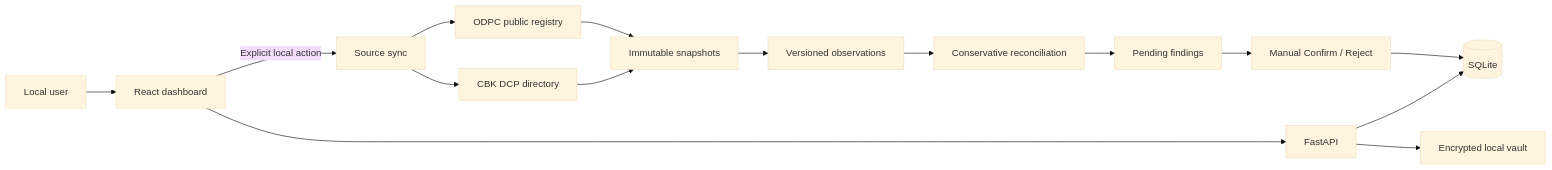
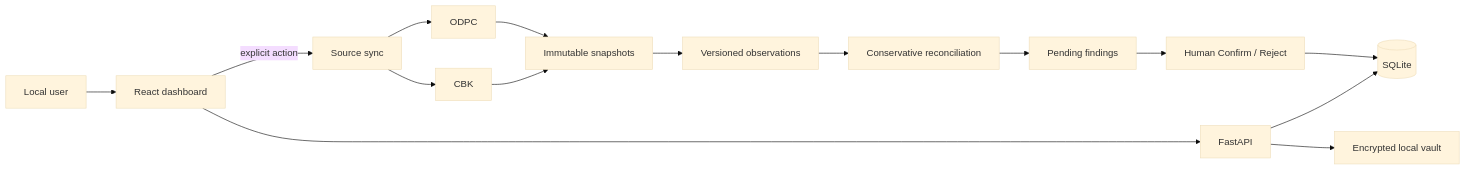
The diagram in README.md (MAPLEIZER/MAPLE-PRIME), drawn with Mermaid (base theme) before and after one commit. The commit also changed other lines of this file, not shown here.

````diff
--- a/README.md
+++ b/README.md
@@ -136,19 +170,18 @@
 ```mermaid
 flowchart LR
-    User[Local user] --> UI[React dashboard]
+    U[Local user] --> UI[React dashboard]
     UI --> API[FastAPI]
     API --> DB[(SQLite)]
-    API --> Vault[Encrypted local vault]
+    API --> V[Encrypted local vault]
 
-    UI -->|Explicit local action| Sync[Source sync]
-    Sync --> CBK[CBK DCP directory]
-    Sync --> ODPC[ODPC public registry]
-    CBK --> Snap[Immutable snapshots]
-    ODPC --> Snap
-    Snap --> Obs[Versioned observations]
-    Obs --> Recon[Conservative reconciliation]
-    Recon --> Findings[Pending findings]
-    Findings --> Review[Manual Confirm / Reject]
-
-    Review --> DB
+    UI -->|explicit action| S[Source sync]
+    S --> CBK[CBK]
+    S --> ODPC[ODPC]
+    CBK --> SNAP[Immutable snapshots]
+    ODPC --> SNAP
+    SNAP --> OBS[Versioned observations]
+    OBS --> R[Conservative reconciliation]
+    R --> F[Pending findings]
+    F --> H[Human Confirm / Reject]
+    H --> DB
 ```
````
